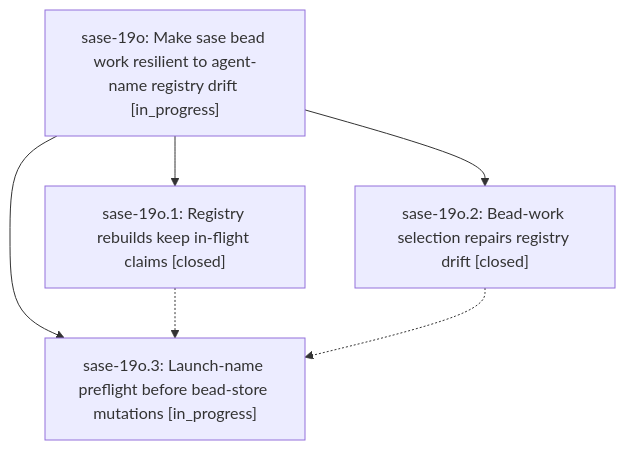
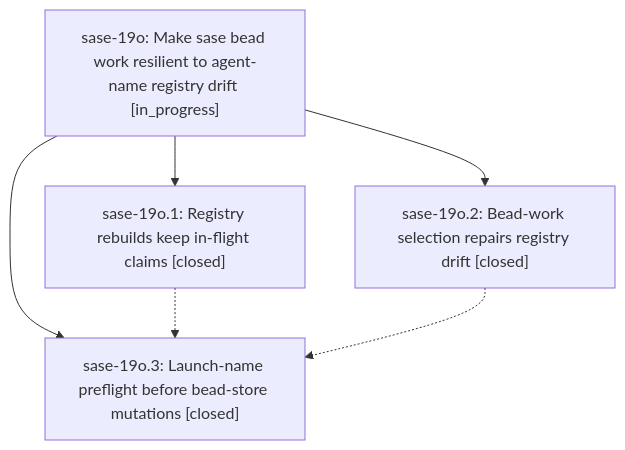
One commit to sase-org/sase--beads changed the diagram in pages/sase-19o/README.md. Above: the diagram before and after it, drawn with Mermaid. The commit also changed other lines of this file and 3 other files, not shown here.

First line of the commit message:
chore(beads): sync bead state and pages for sase-19o

````diff
--- a/pages/sase-19o/README.md
+++ b/pages/sase-19o/README.md
@@ -24,12 +24,12 @@
 ```mermaid
 flowchart TD
     n0["sase-19o: Make sase bead work resilient to agent-name registry drift [in_progress]"]
     n1["sase-19o.1: Registry rebuilds keep in-flight claims [closed]"]
     n2["sase-19o.2: Bead-work selection repairs registry drift [closed]"]
-    n3["sase-19o.3: Launch-name preflight before bead-store mutations [in_progress]"]
+    n3["sase-19o.3: Launch-name preflight before bead-store mutations [closed]"]
     n0 --> n1
     n0 --> n2
     n0 --> n3
     n1 -.-> n3
     n2 -.-> n3
 ```
````
